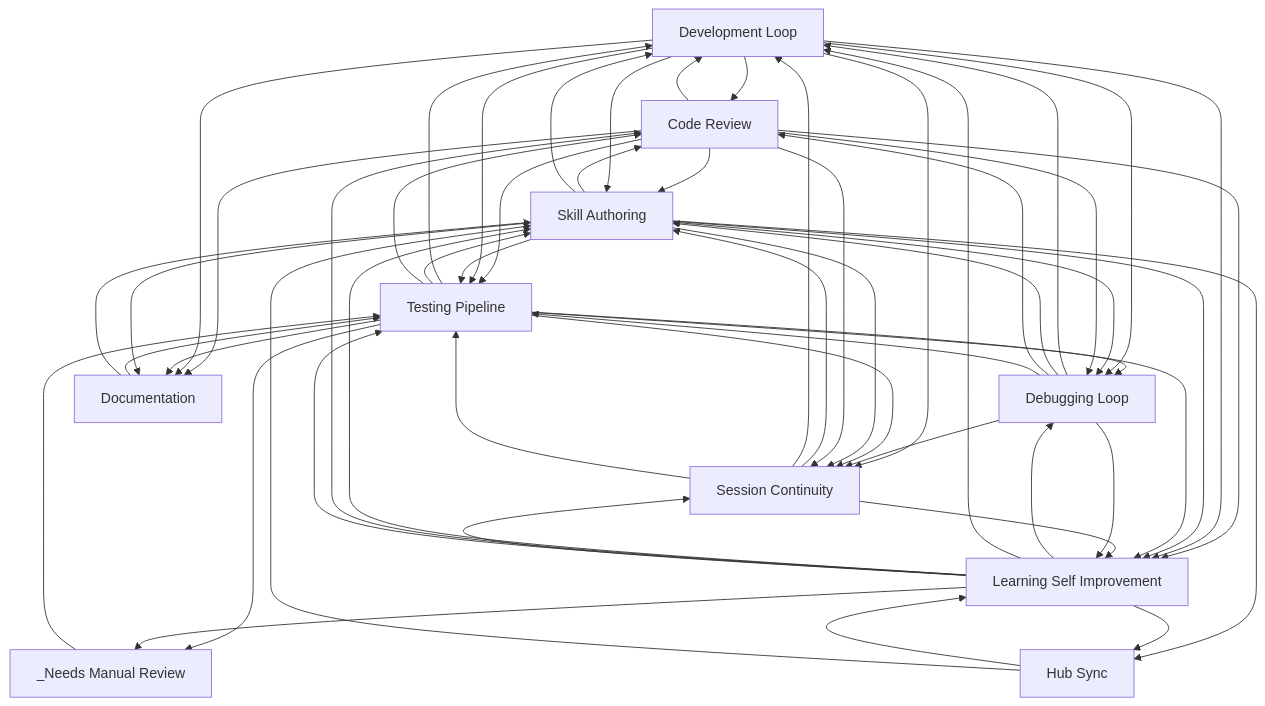
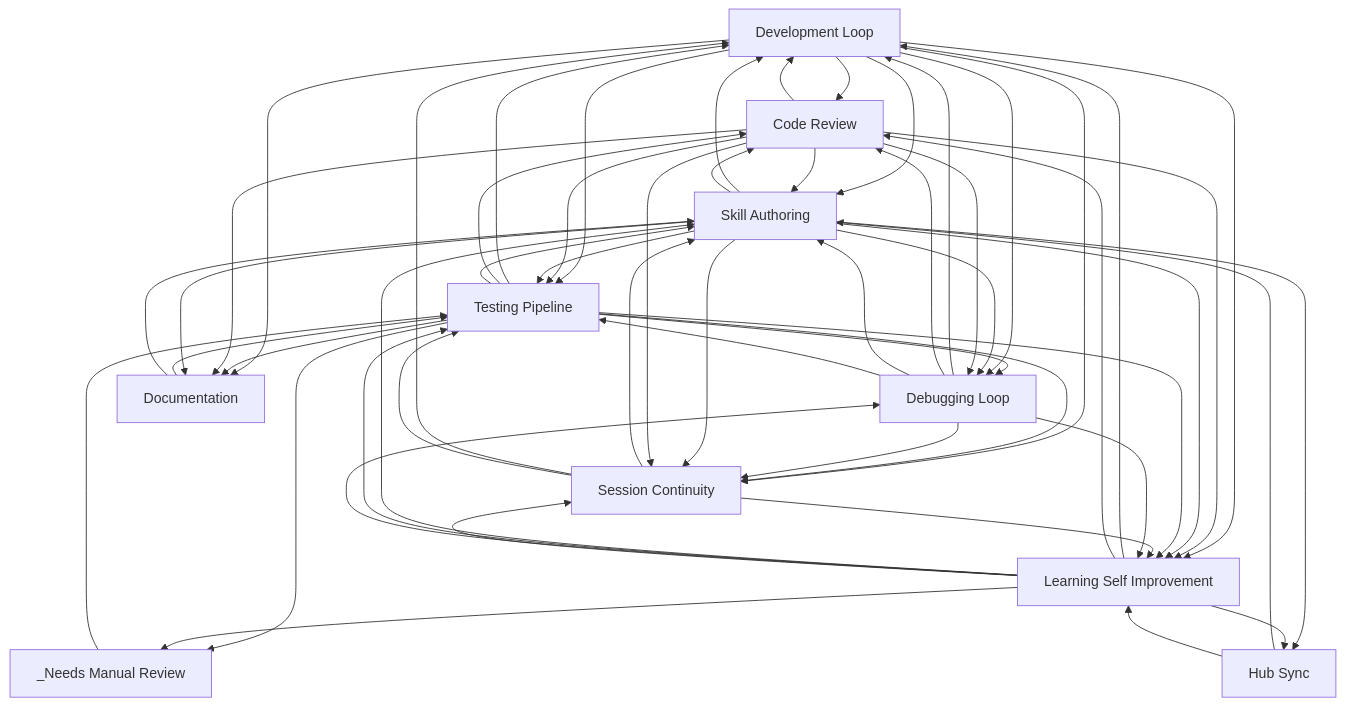
Before and after one commit to abhayla/claude-best-practices: the diagram in docs/workflows/INDEX.md, drawn with Mermaid. The commit also changed other lines of this file and 12 other files, not shown here.

````diff
--- a/docs/workflows/INDEX.md
+++ b/docs/workflows/INDEX.md
@@ -22,66 +22,66 @@
 ```mermaid
 graph TD
     development_loop[Development Loop]
     testing_pipeline[Testing Pipeline]
     debugging_loop[Debugging Loop]
     learning_self_improvement[Learning Self Improvement]
     session_continuity[Session Continuity]
     skill_authoring[Skill Authoring]
     code_review[Code Review]
     documentation[Documentation]
     hub_sync[Hub Sync]
     _needs_manual_review[_Needs Manual Review]
     documentation --> testing_pipeline
     documentation --> skill_authoring
+    development_loop --> code_review
+    development_loop --> skill_authoring
     code_review --> development_loop
     code_review --> skill_authoring
-    development_loop --> code_review
-    development_loop --> skill_authoring
+    development_loop --> testing_pipeline
+    development_loop --> learning_self_improvement
     code_review --> testing_pipeline
     code_review --> learning_self_improvement
-    development_loop --> testing_pipeline
-    development_loop --> learning_self_improvement
+    testing_pipeline --> development_loop
+    testing_pipeline --> code_review
+    testing_pipeline --> skill_authoring
     testing_pipeline --> debugging_loop
-    testing_pipeline --> development_loop
-    testing_pipeline --> skill_authoring
-    testing_pipeline --> code_review
     debugging_loop --> development_loop
+    debugging_loop --> code_review
     debugging_loop --> skill_authoring
-    debugging_loop --> code_review
     debugging_loop --> testing_pipeline
     development_loop --> debugging_loop
+    skill_authoring --> development_loop
     skill_authoring --> code_review
-    skill_authoring --> development_loop
     skill_authoring --> testing_pipeline
     skill_authoring --> learning_self_improvement
-    code_review --> documentation
     development_loop --> documentation
     testing_pipeline --> documentation
+    code_review --> documentation
     development_loop --> session_continuity
     testing_pipeline --> _needs_manual_review
+    testing_pipeline --> session_continuity
     debugging_loop --> session_continuity
-    testing_pipeline --> session_continuity
     skill_authoring --> session_continuity
     skill_authoring --> debugging_loop
+    learning_self_improvement --> development_loop
+    learning_self_improvement --> code_review
+    learning_self_improvement --> skill_authoring
+    learning_self_improvement --> testing_pipeline
     learning_self_improvement --> debugging_loop
-    learning_self_improvement --> development_loop
-    learning_self_improvement --> skill_authoring
-    learning_self_improvement --> code_review
-    learning_self_improvement --> testing_pipeline
     code_review --> debugging_loop
     code_review --> session_continuity
     testing_pipeline --> learning_self_improvement
     learning_self_improvement --> session_continuity
+    session_continuity --> skill_authoring
     session_continuity --> learning_self_improvement
-    session_continuity --> skill_authoring
     session_continuity --> development_loop
     session_continuity --> testing_pipeline
     _needs_manual_review --> testing_pipeline
     skill_authoring --> hub_sync
     debugging_loop --> learning_self_improvement
     learning_self_improvement --> hub_sync
     learning_self_improvement --> _needs_manual_review
+    hub_sync --> skill_authoring
     hub_sync --> learning_self_improvement
-    hub_sync --> skill_authoring
     skill_authoring --> documentation
 ```
````
